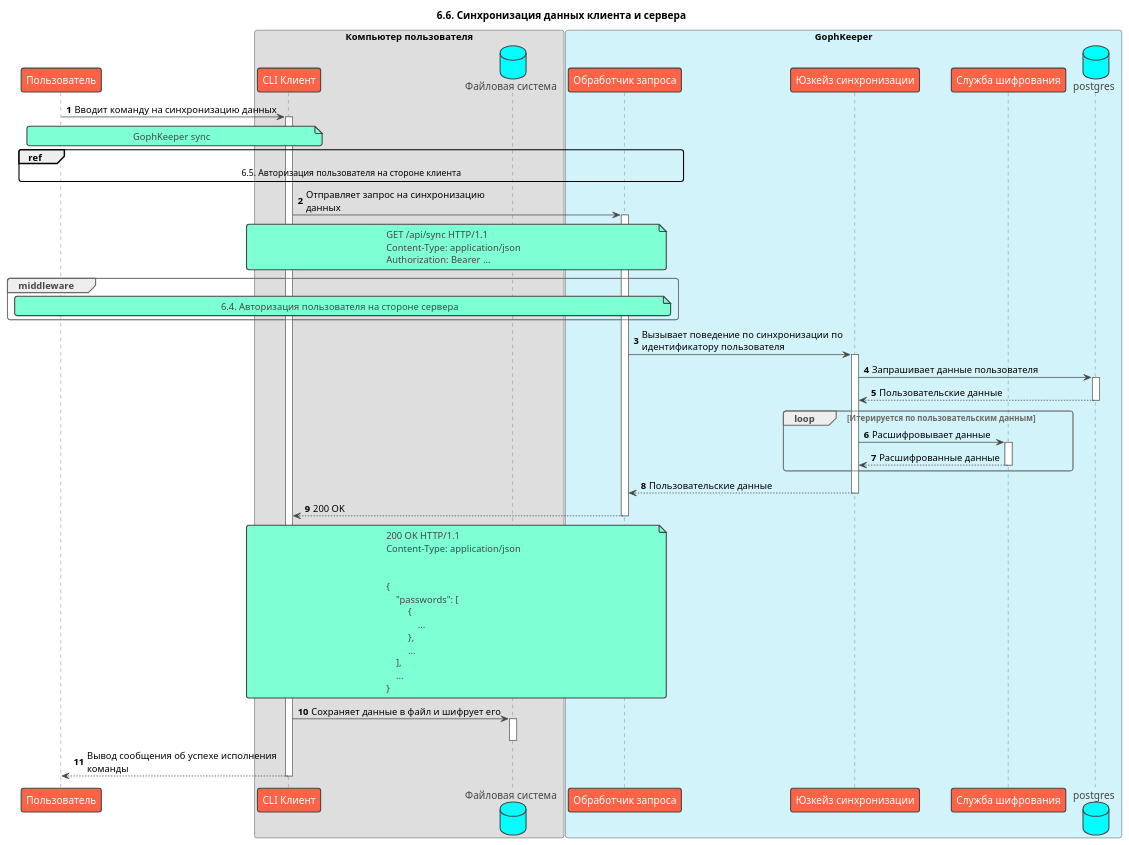
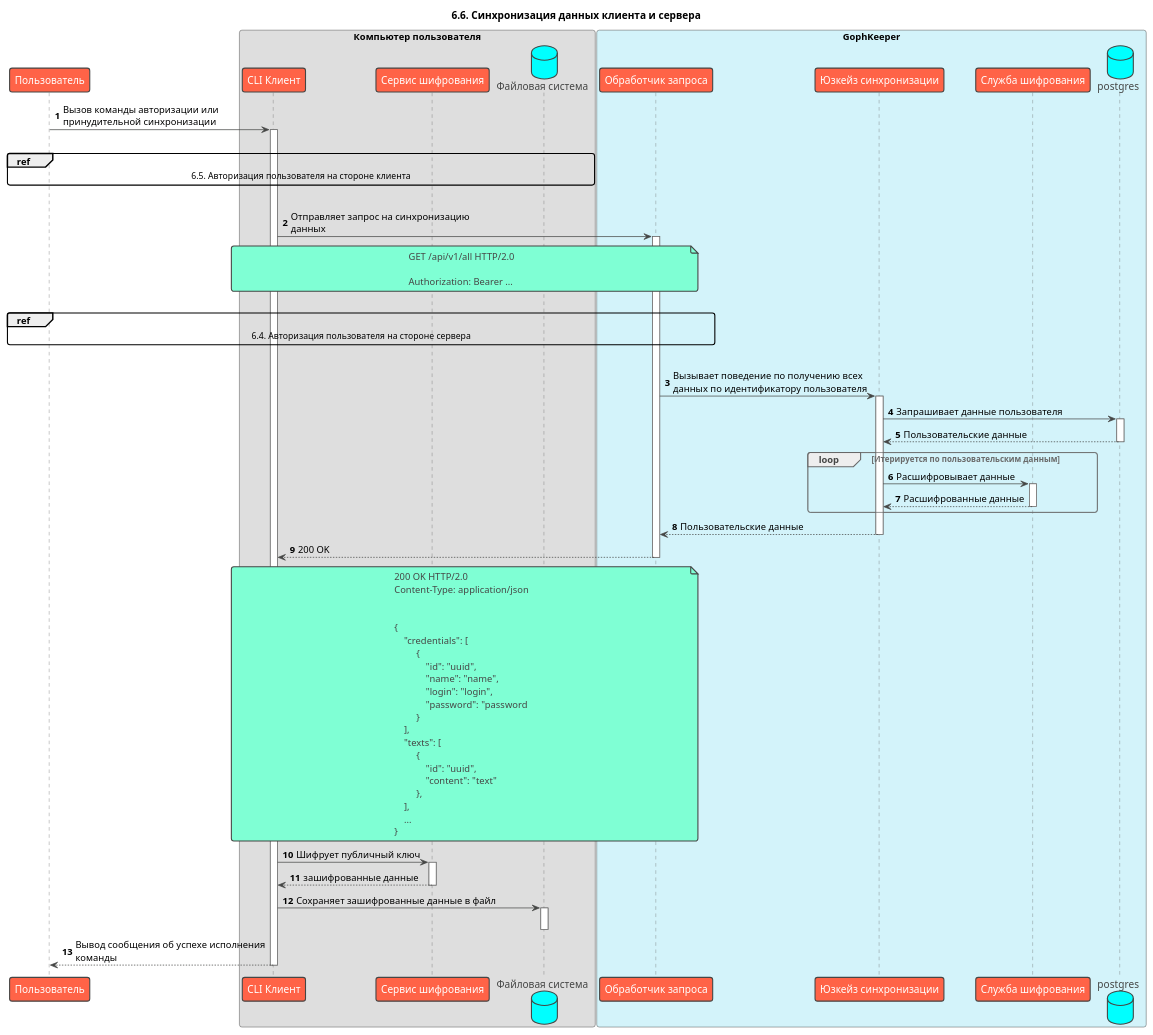
The diagram in docs/arc42/6. Runtime View/6.6 Sync.puml (Nickolasll/GophKeeper), drawn with PlantUML before and after one commit. The commit also changed 24 other files, not shown here.

```diff
--- a/docs/arc42/6. Runtime View/6.6 Sync.puml
+++ b/docs/arc42/6. Runtime View/6.6 Sync.puml
@@ -1,69 +1,81 @@
 @startuml
 !theme vibrant
 title: 6.6. Синхронизация данных клиента и сервера
 skinparam maxMessageSize 300
 autonumber
 
 participant "Пользователь" as user
 box "Компьютер пользователя" #DEDEDE
     participant "CLI Клиент" as client
+    participant "Сервис шифрования" as cli_crypto
     database "Файловая система" as file
 end box
 
 box "GophKeeper" #d3f3fa
     participant "Обработчик запроса" as handler
     participant "Юзкейз синхронизации" as usecase
     participant "Служба шифрования" as crypto
     database "postgres" as db
 end box
 
-user -> client ++ : Вводит команду на синхронизацию данных
-note over user, client
-    GophKeeper sync
-end note
+user -> client ++ : Вызов команды авторизации или принудительной синхронизации
 
-ref over user, handler
+|||
+ref over user, file
     6.5. Авторизация пользователя на стороне клиента
 end
+|||
 
 client -> handler ++ : Отправляет запрос на синхронизацию данных
 note over client, handler
-    GET /api/sync HTTP/1.1
-    Content-Type: application/json
+    GET /api/v1/all HTTP/2.0
+
     Authorization: Bearer ...
 end note
 
-group middleware
-    note over user, handler: 6.4. Авторизация пользователя на стороне сервера
-end group
+|||
+ref over user, handler
+    6.4. Авторизация пользователя на стороне сервера
+end
+|||
 
-handler -> usecase ++ : Вызывает поведение по синхронизации по идентификатору пользователя
+handler -> usecase ++ : Вызывает поведение по получению всех данных по идентификатору пользователя
 usecase -> db ++ : Запрашивает данные пользователя
 return Пользовательские данные
 loop Итерируется по пользовательским данным
     usecase -> crypto ++ : Расшифровывает данные
     return Расшифрованные данные
 end
 return Пользовательские данные
 return 200 OK
 note over client, handler
-    200 OK HTTP/1.1
+    200 OK HTTP/2.0
     Content-Type: application/json
     
     
     {
-        "passwords": [
+        "credentials": [
              {
-                 ...
+                 "id": "uuid",
+                 "name": "name",
+                 "login": "login",
+                 "password": "password
+             }
+        ],
+        "texts": [
+             {
+                 "id": "uuid",
+                 "content": "text"
              },
-             ...
         ],
         ...
     }
 end note
 
-client -> file: Сохраняет данные в файл и шифрует его
+client -> cli_crypto ++ : Шифрует публичный ключ
+return зашифрованные данные
+client -> file: Сохраняет зашифрованные данные в файл
 activate file
 deactivate file 
 return Вывод сообщения об успехе исполнения команды
 @enduml
```
